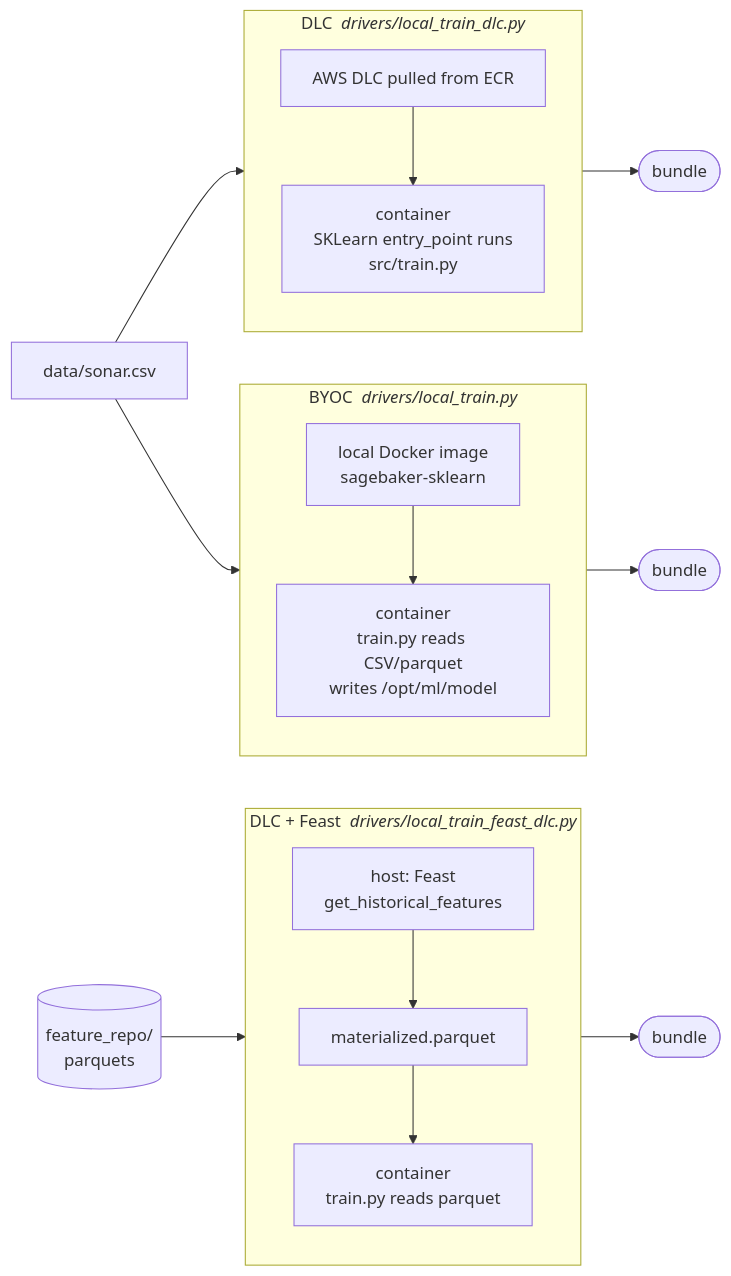
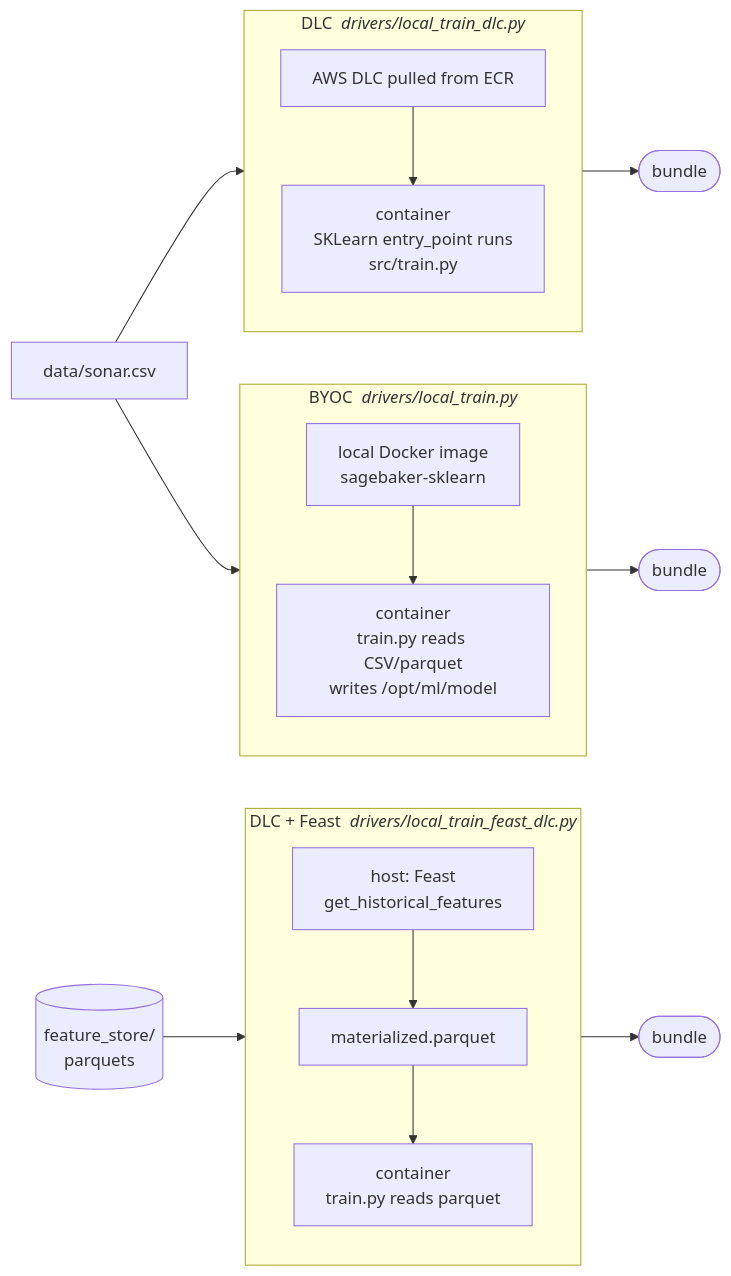
Before and after one commit to dnewcome/sage-baker: the first of 7 diagrams in README.md, drawn with Mermaid. The commit also changed other lines of this file and 9 other files, not shown here.

First line of the commit message:
rename feature_repo → feature_store

````diff
--- a/README.md
+++ b/README.md
@@ -208,28 +208,28 @@
 ```mermaid
 flowchart LR
   CSV[data/sonar.csv]
-  PQ[(feature_repo/<br/>parquets)]
+  PQ[(feature_store/<br/>parquets)]
 
   subgraph byoc_path["BYOC &nbsp;<i>drivers/local_train.py</i>"]
     direction TB
     BD[local Docker image<br/>sagebaker-sklearn]
     BC["container<br/>train.py reads CSV/parquet<br/>writes /opt/ml/model"]
   end
 
   subgraph dlc_path["DLC &nbsp;<i>drivers/local_train_dlc.py</i>"]
     direction TB
     DD[AWS DLC pulled from ECR]
     DC["container<br/>SKLearn entry_point runs<br/>src/train.py"]
   end
 
   subgraph feast_path["DLC + Feast &nbsp;<i>drivers/local_train_feast_dlc.py</i>"]
     direction TB
     FH[host: Feast<br/>get_historical_features]
     MAT[materialized.parquet]
     FC["container<br/>train.py reads parquet"]
   end
 
   CSV --> BD --> BC --> B_OUT([bundle])
   CSV --> DD --> DC --> D_OUT([bundle])
   PQ --> FH --> MAT --> FC --> F_OUT([bundle])
 ```
````
